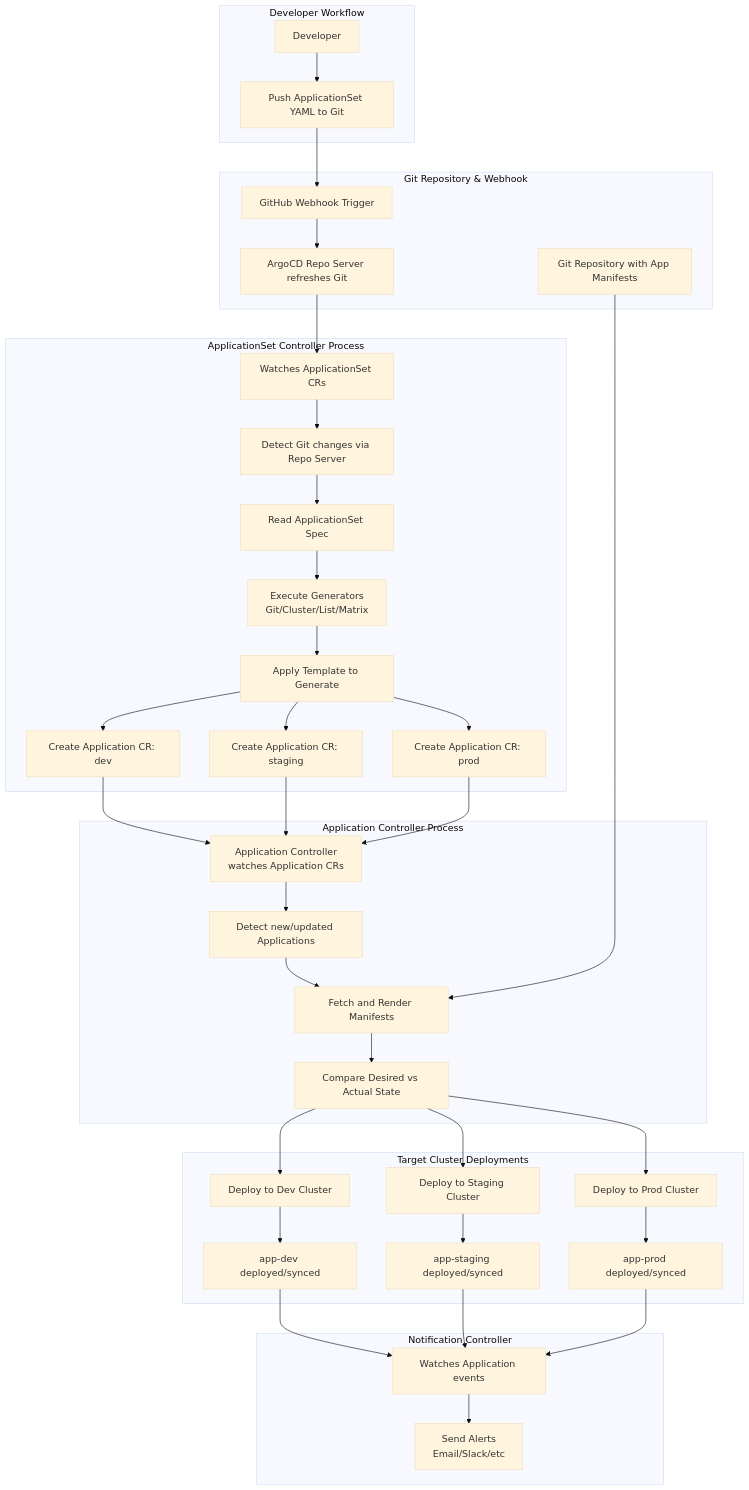
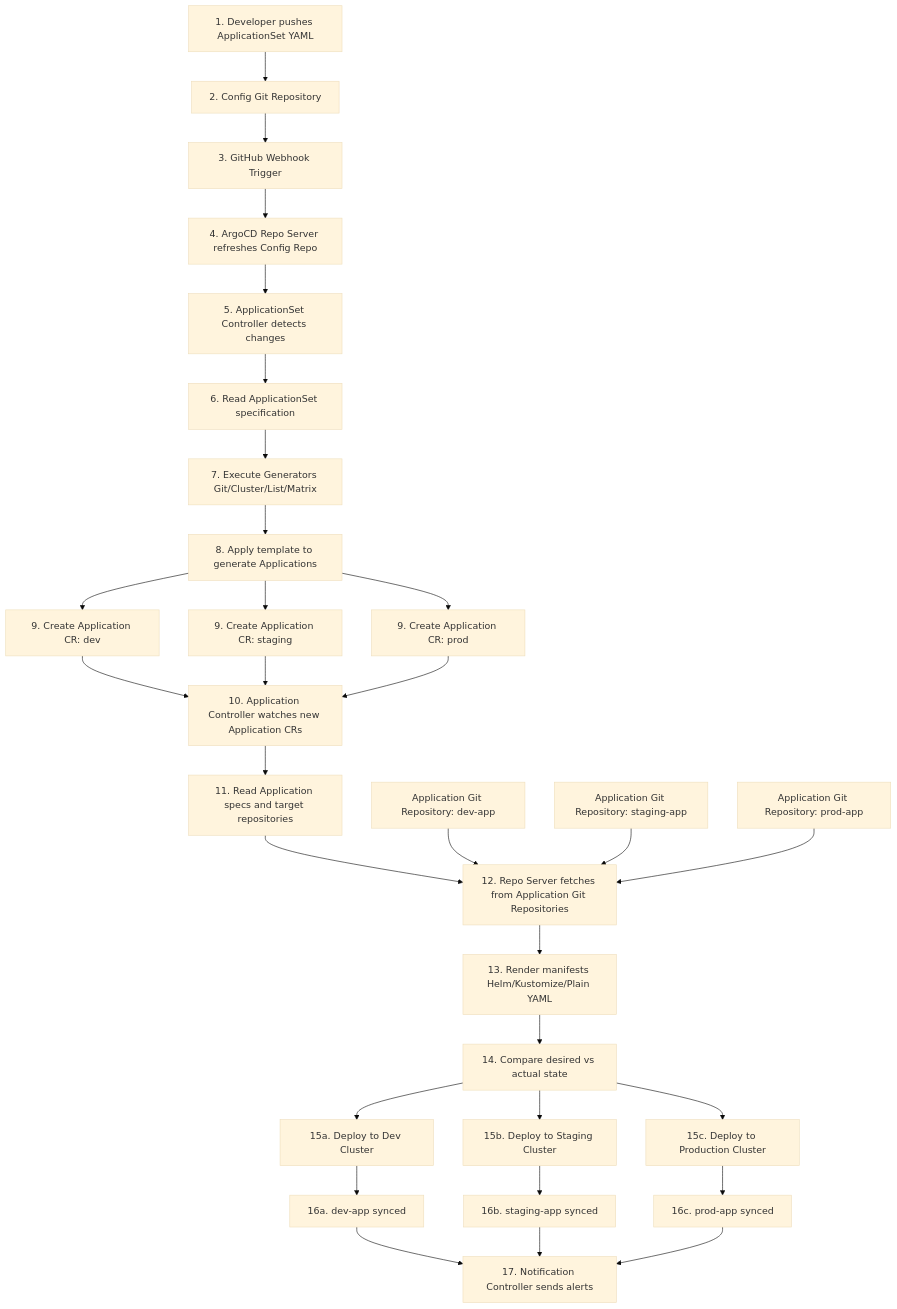
The diagram in Diagram.md (mdsraihaniqbal1999/argocd-applicationsets-demo), drawn with Mermaid (base theme) before and after one commit.

````diff
--- a/Diagram.md
+++ b/Diagram.md
@@ -1,60 +1,55 @@
 ```mermaid
 
 flowchart TD
-    %% Developer section
-    subgraph DEV [Developer Workflow]
-        A[Developer] --> B[Push ApplicationSet YAML to Git]
-    end
+    %% Step 1: Developer pushes ApplicationSet
+    A[1. Developer pushes ApplicationSet YAML] --> B[2. Config Git Repository]
     
-    %% Git/Webhook section  
-    subgraph GIT [Git Repository & Webhook]
-        B --> C[GitHub Webhook Trigger]
-        C --> D[ArgoCD Repo Server refreshes Git]
-        Q[Git Repository with App Manifests]
-    end
+    %% Step 2-3: Webhook and repo refresh
+    B --> C[3. GitHub Webhook Trigger]
+    C --> D[4. ArgoCD Repo Server refreshes Config Repo]
     
-    %% ApplicationSet Controller section
-    subgraph ASC [ApplicationSet Controller Process]
-        D --> E[Watches ApplicationSet CRs]
-        E --> F[Detect Git changes via Repo Server]
-        F --> G[Read ApplicationSet Spec]
-        G --> H[Execute Generators<br/>Git/Cluster/List/Matrix]
-        H --> I[Apply Template to Generate]
-        
-        %% Generated Applications directly in the flow
-        I --> K[Create Application CR: dev]
-        I --> L[Create Application CR: staging] 
-        I --> M[Create Application CR: prod]
-    end
+    %% Step 4-8: ApplicationSet Controller Process
+    D --> E[5. ApplicationSet Controller detects changes]
+    E --> F[6. Read ApplicationSet specification]
+    F --> G[7. Execute Generators Git/Cluster/List/Matrix]
+    G --> H[8. Apply template to generate Applications]
     
-    %% Application Controller section
-    subgraph AC [Application Controller Process]
-        K --> N[Application Controller<br/>watches Application CRs]
-        L --> N
-        M --> N
-        N --> O[Detect new/updated Applications]
-        O --> P[Fetch and Render Manifests]
-        Q --> P
-        P --> R[Compare Desired vs Actual State]
-    end
+    %% Step 9: Generate individual Applications
+    H --> I[9. Create Application CR: dev]
+    H --> J[9. Create Application CR: staging]
+    H --> K[9. Create Application CR: prod]
     
-    %% Cluster deployment section
-    subgraph CLUSTERS [Target Cluster Deployments]
-        R --> S[Deploy to Dev Cluster]
-        R --> T[Deploy to Staging Cluster] 
-        R --> U[Deploy to Prod Cluster]
-        
-        S --> V[app-dev deployed/synced]
-        T --> W[app-staging deployed/synced]
-        U --> X[app-prod deployed/synced]
-    end
+    %% Step 10: Application Controller takes over
+    I --> L[10. Application Controller watches new Application CRs]
+    J --> L
+    K --> L
     
-    %% Notification Controller section
-    subgraph NOTIF [Notification Controller]
-        V --> Y[Watches Application events]
-        W --> Y
-        X --> Y
-        Y --> Z[Send Alerts<br/>Email/Slack/etc]
-    end
+    %% Step 11-12: Application processing
+    L --> M[11. Read Application specs and target repositories]
+    M --> N[12. Repo Server fetches from Application Git Repositories]
+    
+    %% Application repositories (separate from config repo)
+    O[Application Git Repository: dev-app] --> N
+    P[Application Git Repository: staging-app] --> N
+    Q[Application Git Repository: prod-app] --> N
+    
+    %% Step 13-14: Manifest processing and deployment
+    N --> R[13. Render manifests Helm/Kustomize/Plain YAML]
+    R --> S[14. Compare desired vs actual state]
+    
+    %% Step 15: Deploy to clusters
+    S --> T[15a. Deploy to Dev Cluster]
+    S --> U[15b. Deploy to Staging Cluster]
+    S --> V[15c. Deploy to Production Cluster]
+    
+    %% Step 16: Sync status
+    T --> W[16a. dev-app synced]
+    U --> X[16b. staging-app synced]
+    V --> Y[16c. prod-app synced]
+    
+    %% Step 17: Notifications
+    W --> Z[17. Notification Controller sends alerts]
+    X --> Z
+    Y --> Z
 
 ```
````
